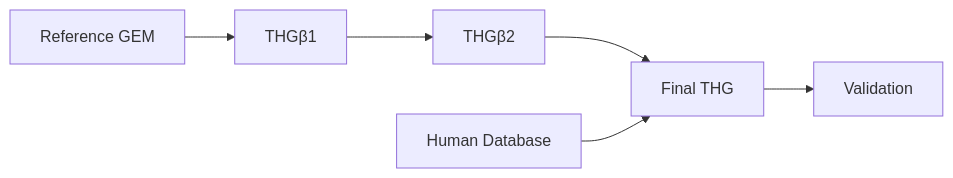
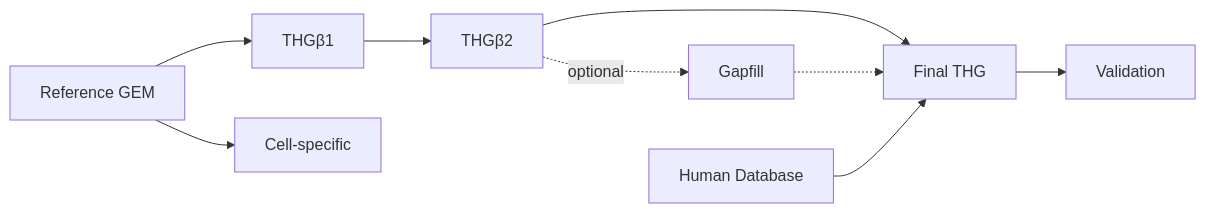
The diagram in docs/index.md (norle/THG_The-Human-GEM-protocol-standalone), drawn with Mermaid before and after one commit. The commit also changed other lines of this file and 2 other files, not shown here.

Commit message:
Fix workflow documentation navigation

````diff
--- a/docs/index.md
+++ b/docs/index.md
@@ -11,8 +14,11 @@
 ```mermaid
 flowchart LR
     A[Reference GEM] --> B[THGβ1]
     B --> C[THGβ2]
     C --> E[Final THG]
+    C -. optional .-> G[Gapfill]
+    G -.-> E
     D[Human Database] --> E
+    A --> S[Cell-specific]
     E --> F[Validation]
 ```
````
